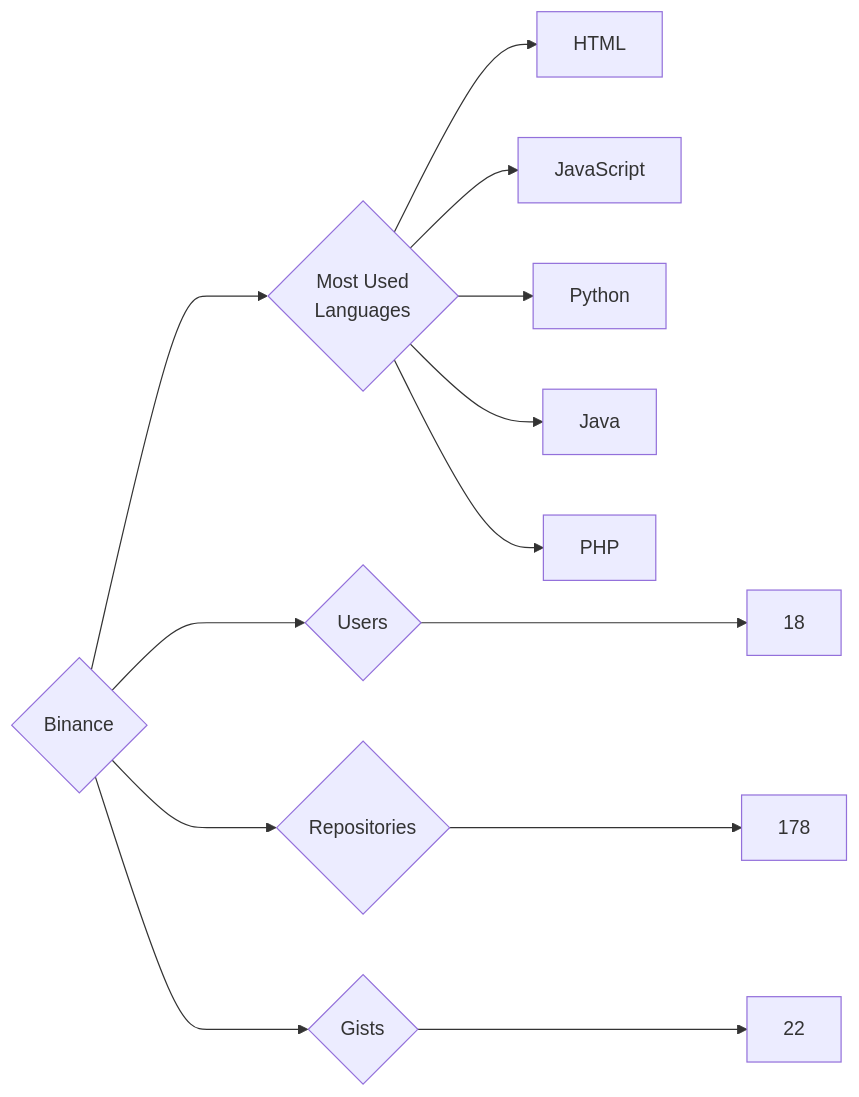
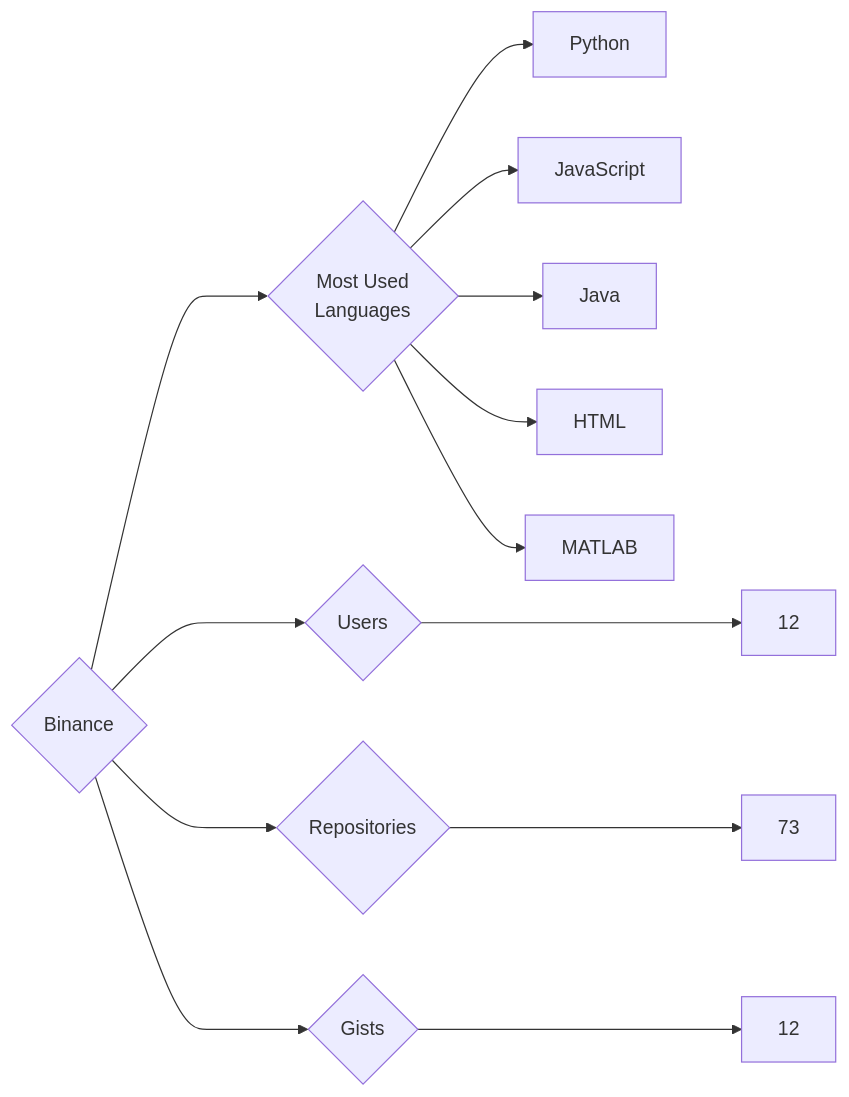
The diagram in targets/Binance/README.md (trickest/insiders), drawn with Mermaid before and after one commit. The commit also changed 837 other files, not shown here.

````diff
--- a/targets/Binance/README.md
+++ b/targets/Binance/README.md
@@ -3,13 +3,13 @@
 ```mermaid
 graph LR
 COMPANY_NAME{Binance}
-COMPANY_NAME ---> U{Users} ---> UN[18]
-COMPANY_NAME ---> R{Repositories} ---> RN[178]
-COMPANY_NAME ---> G{Gists} ---> GN[22]
+COMPANY_NAME ---> U{Users} ---> UN[12]
+COMPANY_NAME ---> R{Repositories} ---> RN[73]
+COMPANY_NAME ---> G{Gists} ---> GN[12]
 COMPANY_NAME ---> ML{Most Used<br>Languages}
+ML --> Python[Python]
+ML --> JavaScript[JavaScript]
+ML --> Java[Java]
 ML --> HTML[HTML]
-ML --> JavaScript[JavaScript]
-ML --> Python[Python]
-ML --> Java[Java]
-ML --> PHP[PHP]
+ML --> MATLAB[MATLAB]
 ```
````
